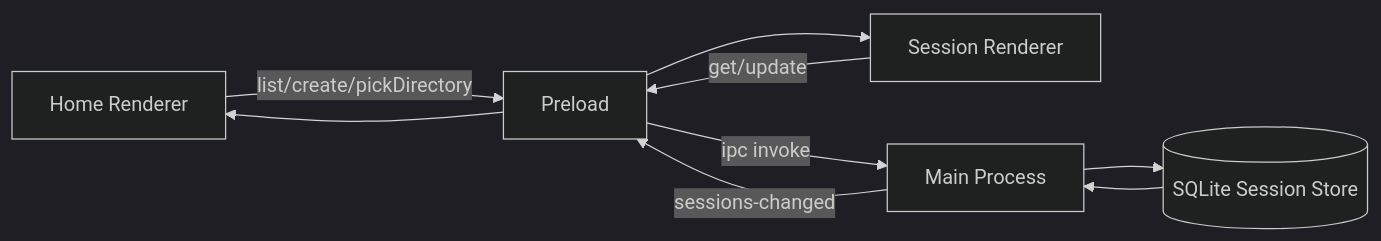
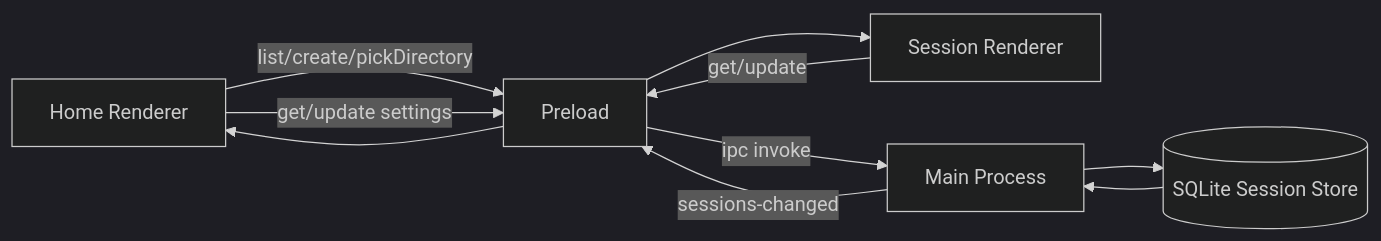
The diagram in docs/design/electron-session-store.md (natumekazuki/WithMate), drawn with Mermaid (dark theme) before and after one commit. The commit also changed other lines of this file and 117 other files, not shown here.

````diff
--- a/docs/design/electron-session-store.md
+++ b/docs/design/electron-session-store.md
@@ -51,11 +58,12 @@
 ```mermaid
 flowchart LR
     HR[Home Renderer] -->|list/create/pickDirectory| PL[Preload]
+    HR -->|get/update settings| PL
     SR[Session Renderer] -->|get/update| PL
     PL -->|ipc invoke| MP[Main Process]
     MP --> STORE[(SQLite Session Store)]
     STORE --> MP
     MP -->|sessions-changed| PL
     PL --> HR
     PL --> SR
 ```
````
